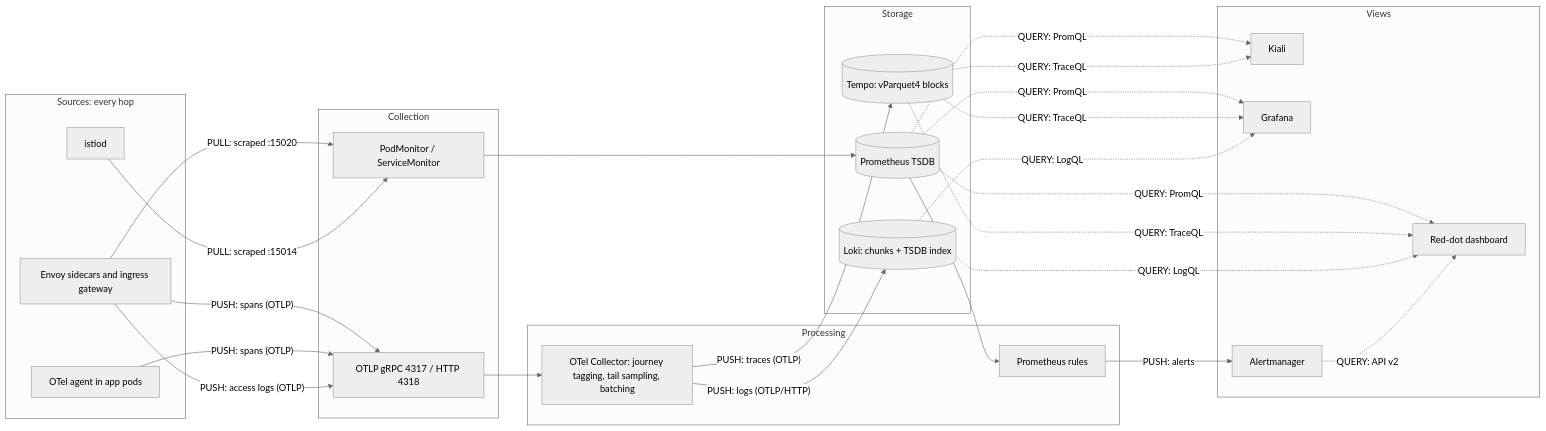
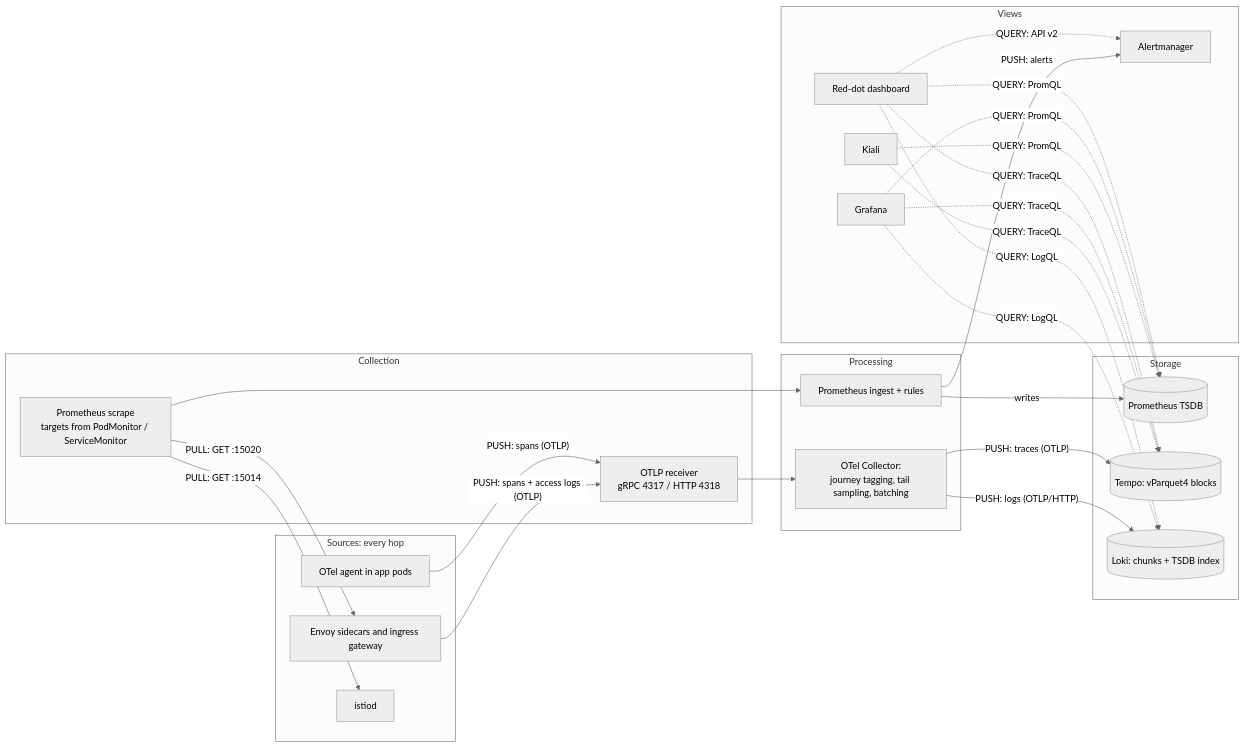
One commit to canpolatoral/monitoring-poc changed the first of 6 diagrams in docs/architecture.md. Above: the diagram before and after it, drawn with Mermaid (neutral theme). The commit also changed other lines of this file and 2 other files, not shown here.

Commit message:
Diagrams: arrows start at the caller (PULL and QUERY reversed)
All diagrams now use one convention: an arrow starts at the side that opens
the connection. For PULL (Prometheus scraping a sidecar) and QUERY (a view
reading a store) the data returns against the arrow.

- Slide 3: Prometheus -> app pods (pull); Kiali -> Prometheus and console ->
  Tempo + Loki (query); legend in the key card.
- Slide 4: metrics row is the real call chain Kiali/Grafana -> Thanos Querier ->
  Prometheus -> Envoy sidecar; query arrows on traces and logs point at the store.
- Slide 11: pull and query arrows reversed; in-process hand-offs (receiver ->
  collector, scrape -> ingest) no longer labelled PUSH; "Ingest + rules" box.
- architecture.md: overview flowchart redrawn caller -> callee, operator/CR
  direction fixed in the scrape sequence, convention explained.

````diff
--- a/docs/architecture.md
+++ b/docs/architecture.md
@@ -114,40 +121,40 @@
 ```mermaid
 flowchart LR
   subgraph SRC[Sources: every hop]
     ENV[Envoy sidecars and ingress gateway]
     AGT[OTel agent in app pods]
     ISTIOD[istiod]
   end
   subgraph COL[Collection]
-    PM[PodMonitor / ServiceMonitor]
-    OTLP[OTLP gRPC 4317 / HTTP 4318]
+    SCR[Prometheus scrape<br/>targets from PodMonitor / ServiceMonitor]
+    OTLP[OTLP receiver<br/>gRPC 4317 / HTTP 4318]
   end
   subgraph PROC[Processing]
-    PROMR[Prometheus rules]
-    OC[OTel Collector: journey tagging, tail sampling, batching]
+    PROMR[Prometheus ingest + rules]
+    OC[OTel Collector:<br/>journey tagging, tail sampling, batching]
   end
   subgraph STORE[Storage]
     TSDB[(Prometheus TSDB)]
     TEMPO[(Tempo: vParquet4 blocks)]
     LOKI[(Loki: chunks + TSDB index)]
   end
   subgraph VIEW[Views]
     KIALI[Kiali]
     GRAF[Grafana]
     RD[Red-dot dashboard]
     AM[Alertmanager]
   end
-  ENV -->|"PULL: scraped :15020"| PM --> TSDB
-  ISTIOD -->|"PULL: scraped :15014"| PM
-  ENV -->|"PUSH: spans (OTLP)"| OTLP
+  SCR -->|"PULL: GET :15020"| ENV
+  SCR -->|"PULL: GET :15014"| ISTIOD
+  SCR --> PROMR -->|writes| TSDB
+  PROMR -->|"PUSH: alerts"| AM
+  ENV -->|"PUSH: spans + access logs (OTLP)"| OTLP
   AGT -->|"PUSH: spans (OTLP)"| OTLP
-  ENV -->|"PUSH: access logs (OTLP)"| OTLP
   OTLP --> OC
   OC -->|"PUSH: traces (OTLP)"| TEMPO
   OC -->|"PUSH: logs (OTLP/HTTP)"| LOKI
-  TSDB --> PROMR -->|"PUSH: alerts"| AM
-  TSDB -.->|"QUERY: PromQL"| KIALI & GRAF & RD
-  TEMPO -.->|"QUERY: TraceQL"| KIALI & GRAF & RD
-  LOKI -.->|"QUERY: LogQL"| GRAF & RD
-  AM -.->|"QUERY: API v2"| RD
+  KIALI & GRAF & RD -.->|"QUERY: PromQL"| TSDB
+  KIALI & GRAF & RD -.->|"QUERY: TraceQL"| TEMPO
+  GRAF & RD -.->|"QUERY: LogQL"| LOKI
+  RD -.->|"QUERY: API v2"| AM
 ```
````
